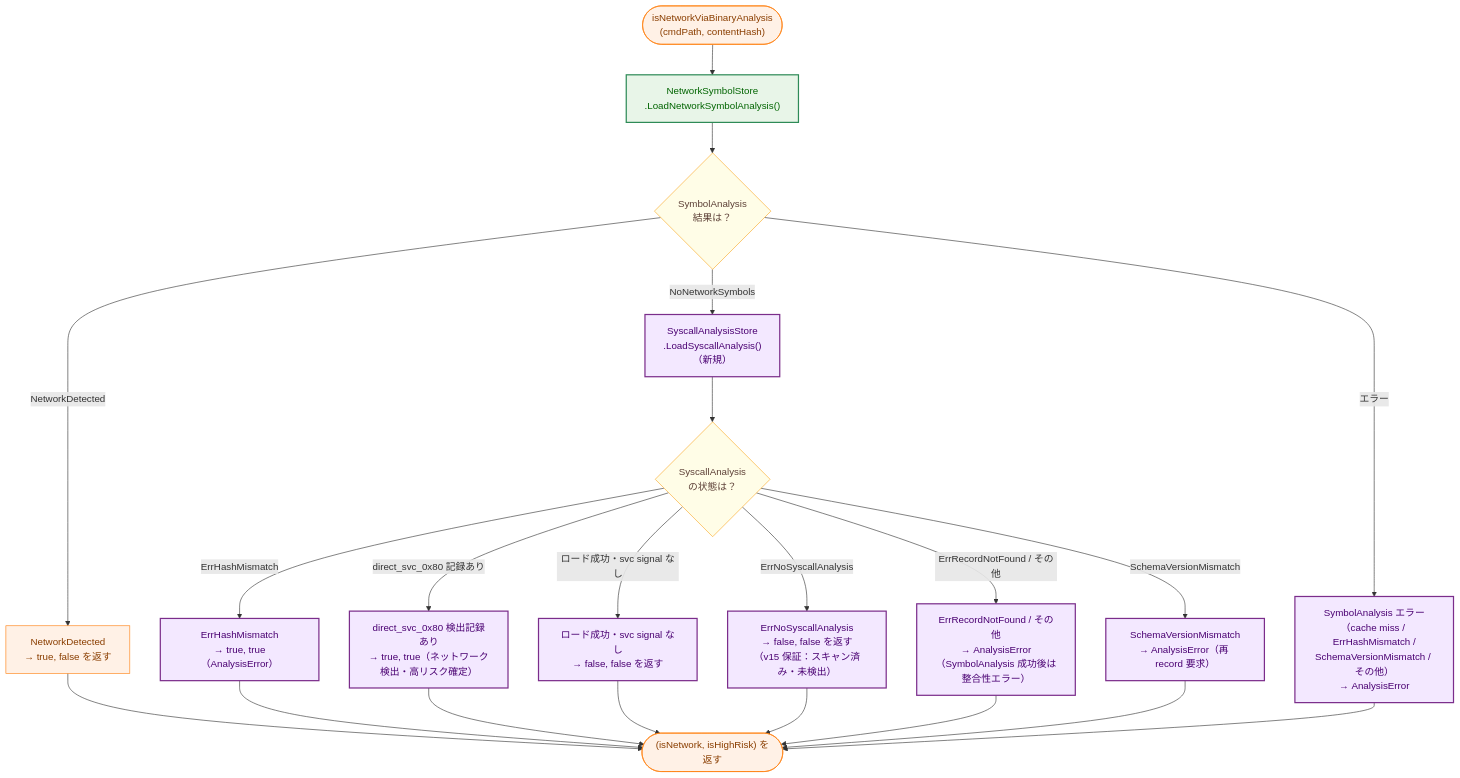
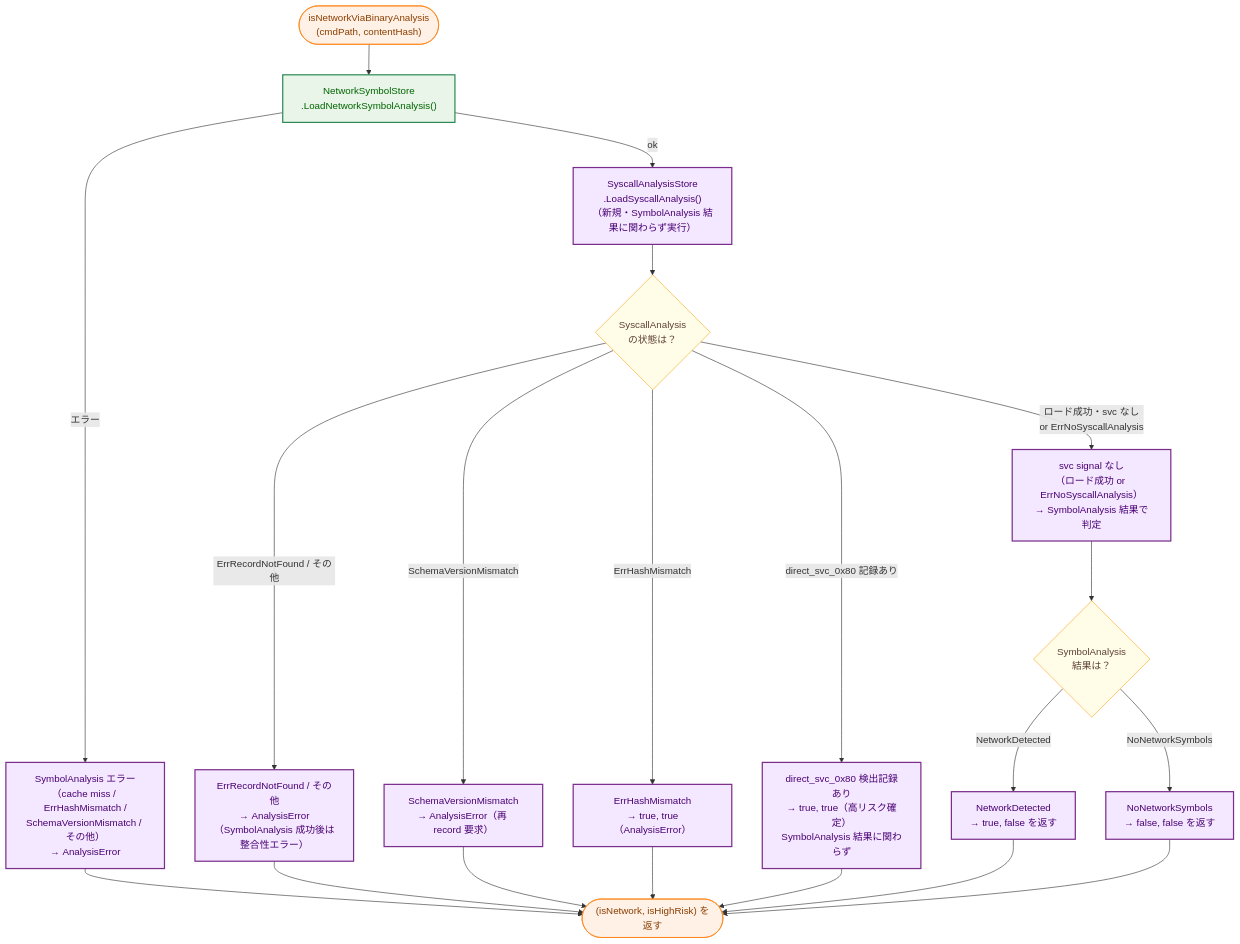
Before and after one commit to isseis/go-safe-cmd-runner: the sixth of 8 diagrams in docs/tasks/0097_macho_arm64_syscall_analysis/02_architecture.md, drawn with Mermaid. The commit also changed other lines of this file and 2 other files, not shown here.

Commit message:
docs(0097): Extend SyscallAnalysis check to NetworkDetected for risk escalation
Previously the design only checked SyscallAnalysis when SymbolAnalysis = NoNetworkSymbols.
This left a security gap: a binary with both network symbols and svc #0x80 would be
classified as NetworkDetected with isHighRisk=false, missing the svc escalation.

Change the isNetworkViaBinaryAnalysis flow to always check SyscallAnalysis first,
regardless of SymbolAnalysis result:
- svc #0x80 detected → true, true (high risk) in all cases
- No svc signal → fall through to SymbolAnalysis-based decision as before

Update all four documents accordingly:
- 01_requirements.md: revise FR-3.2.2, FR-3.3.1/3.3.2, AC-3/AC-4, test tables in §6
- 02_architecture.md: restructure 3.3.1 flowchart and 4.2 data-flow diagram
- 03_detailed_specification.md: rewrite isNetworkViaBinaryAnalysis pseudocode,
  add NetworkDetected+svc test cases in §5.6 and §6 correspondence table

````diff
--- a/docs/tasks/0097_macho_arm64_syscall_analysis/02_architecture.md
+++ b/docs/tasks/0097_macho_arm64_syscall_analysis/02_architecture.md
@@ -276,50 +276,48 @@
 ```mermaid
 flowchart TD
     classDef data fill:#e6f7ff,stroke:#1f77b4,stroke-width:1px,color:#0b3d91;
     classDef process fill:#fff1e6,stroke:#ff7f0e,stroke-width:1px,color:#8a3e00;
     classDef enhanced fill:#e8f5e8,stroke:#2e8b57,stroke-width:2px,color:#006400;
     classDef new fill:#f3e8ff,stroke:#7b2d8b,stroke-width:2px,color:#4a0072;
     classDef decision fill:#fffde7,stroke:#f9a825,stroke-width:1px,color:#5d4037;
 
     START(["isNetworkViaBinaryAnalysis<br/>(cmdPath, contentHash)"])
     LOAD_SYM["NetworkSymbolStore<br>.LoadNetworkSymbolAnalysis()"]
+    SYM_ERR["SymbolAnalysis エラー<br>（cache miss / ErrHashMismatch /<br>SchemaVersionMismatch / その他）<br>→ AnalysisError"]
+    LOAD_SVC["SyscallAnalysisStore<br>.LoadSyscallAnalysis()<br>（新規・SymbolAnalysis 結果に関わらず実行）"]
+    CHECK_SVC_RESULT{"SyscallAnalysis<br>の状態は？"}
+    SVC_HASH_ERR["ErrHashMismatch<br>→ true, true（AnalysisError）"]
+    SVC_HIT["direct_svc_0x80 検出記録あり<br>→ true, true（高リスク確定）<br>SymbolAnalysis 結果に関わらず"]
+    SVC_NO_SIGNAL["svc signal なし<br>（ロード成功 or ErrNoSyscallAnalysis）<br>→ SymbolAnalysis 結果で判定"]
+    SVC_NOT_FOUND["ErrRecordNotFound / その他<br>→ AnalysisError<br>（SymbolAnalysis 成功後は整合性エラー）"]
+    SVC_SCHEMA["SchemaVersionMismatch<br>→ AnalysisError（再 record 要求）"]
     CHECK_SYM{"SymbolAnalysis<br>結果は？"}
     SYM_NET["NetworkDetected<br>→ true, false を返す"]
-    LOAD_SVC["SyscallAnalysisStore<br>.LoadSyscallAnalysis()<br>（新規）"]
-    CHECK_SVC_RESULT{"SyscallAnalysis<br>の状態は？"}
-    SVC_HASH_ERR["ErrHashMismatch<br>→ true, true（AnalysisError）"]
-    SVC_HIT["direct_svc_0x80 検出記録あり<br>→ true, true（ネットワーク検出・高リスク確定）"]
-    SVC_SAFE["ロード成功・svc signal なし<br>→ false, false を返す"]
-    SVC_ERR["ErrNoSyscallAnalysis<br>→ false, false を返す<br>（v15 保証：スキャン済み・未検出）"]
-    SVC_NOT_FOUND["ErrRecordNotFound / その他<br>→ AnalysisError<br>（SymbolAnalysis 成功後は整合性エラー）"]
-    SVC_SCHEMA["SchemaVersionMismatch<br>→ AnalysisError（再 record 要求）"]
-    SYM_ERR["SymbolAnalysis エラー<br>（cache miss / ErrHashMismatch /<br>SchemaVersionMismatch / その他）<br>→ AnalysisError"]
+    SYM_SAFE["NoNetworkSymbols<br>→ false, false を返す"]
     RETURN(["(isNetwork, isHighRisk) を返す"])
 
     START --> LOAD_SYM
-    LOAD_SYM --> CHECK_SYM
-    CHECK_SYM -->|"NetworkDetected"| SYM_NET
-    CHECK_SYM -->|"NoNetworkSymbols"| LOAD_SVC
-    CHECK_SYM -->|"エラー"| SYM_ERR
+    LOAD_SYM -->|"エラー"| SYM_ERR
+    LOAD_SYM -->|"ok"| LOAD_SVC
     LOAD_SVC --> CHECK_SVC_RESULT
     CHECK_SVC_RESULT -->|"ErrHashMismatch"| SVC_HASH_ERR
     CHECK_SVC_RESULT -->|"direct_svc_0x80 記録あり"| SVC_HIT
-    CHECK_SVC_RESULT -->|"ロード成功・svc signal なし"| SVC_SAFE
-    CHECK_SVC_RESULT -->|"ErrNoSyscallAnalysis"| SVC_ERR
+    CHECK_SVC_RESULT -->|"ロード成功・svc なし<br>or ErrNoSyscallAnalysis"| SVC_NO_SIGNAL
     CHECK_SVC_RESULT -->|"ErrRecordNotFound / その他"| SVC_NOT_FOUND
     CHECK_SVC_RESULT -->|"SchemaVersionMismatch"| SVC_SCHEMA
+    SVC_NO_SIGNAL --> CHECK_SYM
+    CHECK_SYM -->|"NetworkDetected"| SYM_NET
+    CHECK_SYM -->|"NoNetworkSymbols"| SYM_SAFE
     SYM_ERR --> RETURN
     SVC_NOT_FOUND --> RETURN
-    SVC_ERR --> RETURN
     SVC_SCHEMA --> RETURN
-    SYM_NET --> RETURN
     SVC_HASH_ERR --> RETURN
     SVC_HIT --> RETURN
-    SVC_SAFE --> RETURN
+    SYM_NET --> RETURN
+    SYM_SAFE --> RETURN
 
-    class START,RETURN,SYM_NET process;
+    class START,RETURN process;
     class CHECK_SYM,CHECK_SVC_RESULT decision;
     class LOAD_SYM enhanced;
-    class LOAD_SVC new;
-    class SVC_HIT,SVC_HASH_ERR,SVC_SAFE,SVC_ERR,SVC_NOT_FOUND,SVC_SCHEMA,SYM_ERR new;
+    class LOAD_SVC,SVC_HIT,SVC_HASH_ERR,SVC_NO_SIGNAL,SVC_NOT_FOUND,SVC_SCHEMA,SYM_ERR,SYM_NET,SYM_SAFE new;
 ```
````
